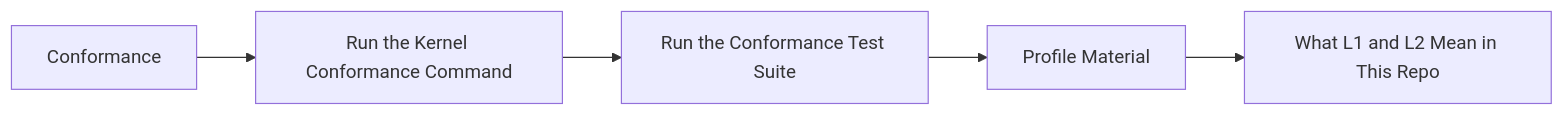
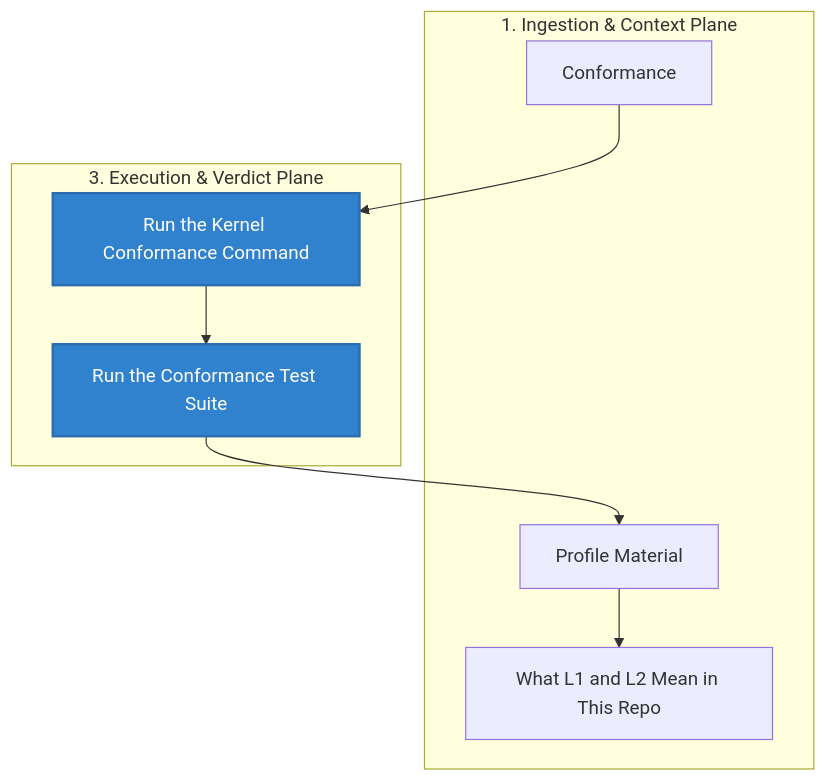
Before and after one commit to Mindburn-Labs/helm-ai-kernel: the diagram in docs/CONFORMANCE.md, drawn with Mermaid. The commit also changed other lines of this file and 330 other files, not shown here.

````diff
--- a/docs/CONFORMANCE.md
+++ b/docs/CONFORMANCE.md
@@ -37,12 +37,23 @@
 ```mermaid
-flowchart LR
-  Page["Conformance"]
-  A["Run the Kernel Conformance Command"]
-  B["Run the Conformance Test Suite"]
-  C["Profile Material"]
-  D["What L1 and L2 Mean in This Repo"]
-  Page --> A
-  A --> B
-  B --> C
-  C --> D
+flowchart TD
+    subgraph Ingestion["1. Ingestion & Context Plane"]
+        Page["Conformance"]
+        C["Profile Material"]
+        D["What L1 and L2 Mean in This Repo"]
+    end
+
+    subgraph Execution["3. Execution & Verdict Plane"]
+        A["Run the Kernel Conformance Command"]
+        B["Run the Conformance Test Suite"]
+    end
+
+    %% Operational Flow Edges
+    Page --> A
+    A --> B
+    B --> C
+    C --> D
+
+    %% Premium Styling Rules
+    style A fill:#3182ce,stroke:#2b6cb0,stroke-width:2px,color:#fff
+    style B fill:#3182ce,stroke:#2b6cb0,stroke-width:2px,color:#fff
 ```
````
